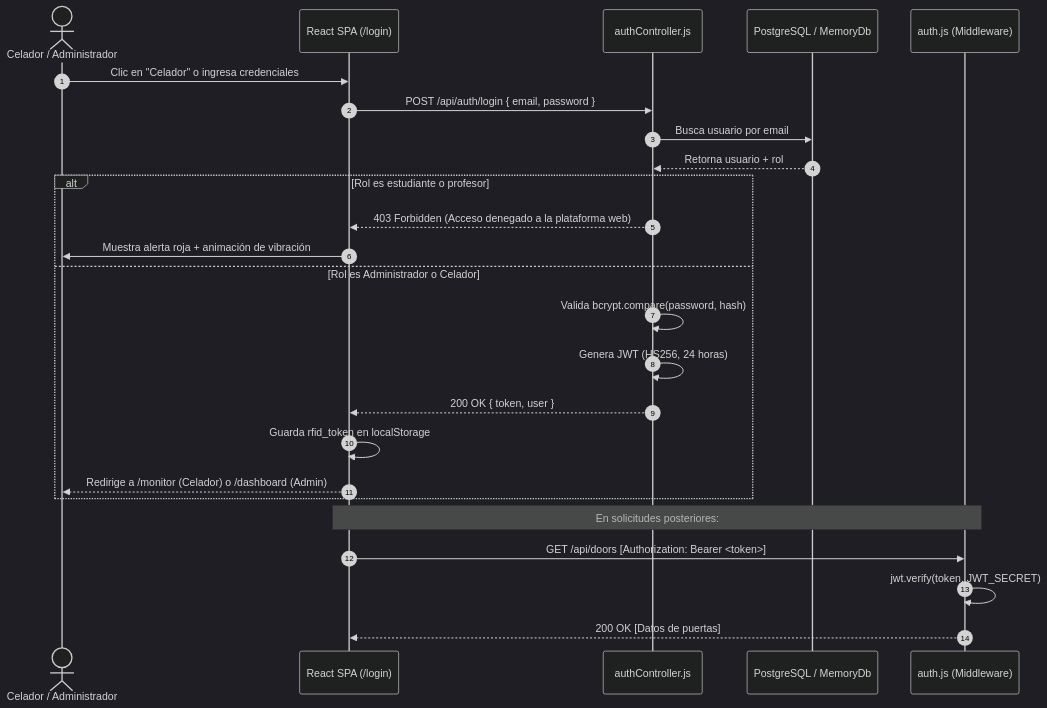
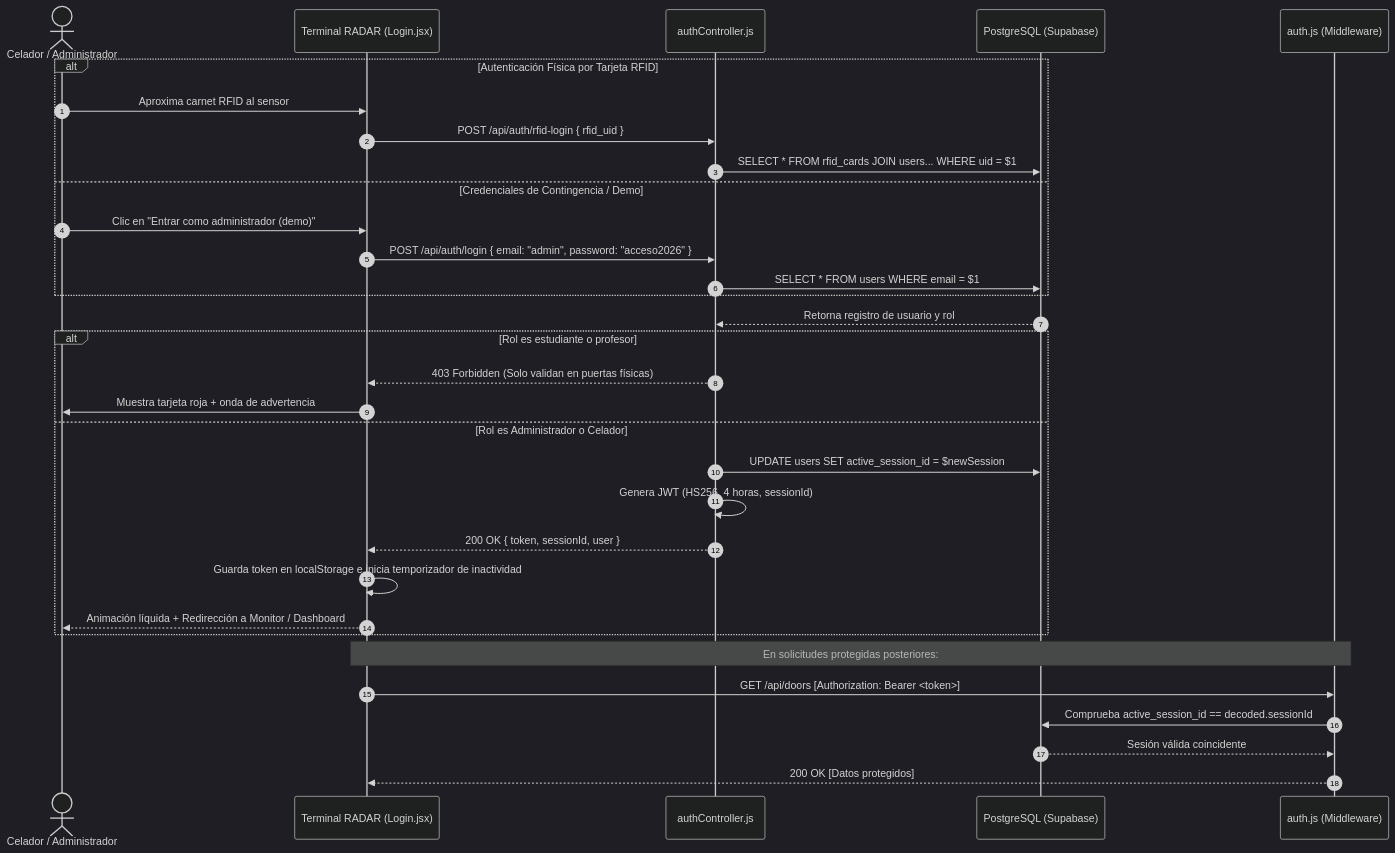
One commit to VoctorMCL/RFID changed the diagram in docs/AUTH.md. Above: the diagram before and after it, drawn with Mermaid (dark theme). The commit also changed other lines of this file and 27 other files, not shown here.

````diff
--- a/docs/AUTH.md
+++ b/docs/AUTH.md
@@ -69,30 +97,38 @@
 ```mermaid
 sequenceDiagram
     autonumber
     actor User as Celador / Administrador
-    participant Web as React SPA (/login)
+    participant Web as Terminal RADAR (Login.jsx)
     participant AuthCtrl as authController.js
-    participant DB as PostgreSQL / MemoryDb
+    participant DB as PostgreSQL (Supabase)
     participant Middleware as auth.js (Middleware)
 
-    User->>Web: Clic en "Celador" o ingresa credenciales
-    Web->>AuthCtrl: POST /api/auth/login { email, password }
-    AuthCtrl->>DB: Busca usuario por email
-    DB-->>AuthCtrl: Retorna usuario + rol
-    
-    alt Rol es estudiante o profesor
-        AuthCtrl-->>Web: 403 Forbidden (Acceso denegado a la plataforma web)
-        Web->>User: Muestra alerta roja + animación de vibración
-    else Rol es Administrador o Celador
-        AuthCtrl->>AuthCtrl: Valida bcrypt.compare(password, hash)
-        AuthCtrl->>AuthCtrl: Genera JWT (HS256, 24 horas)
-        AuthCtrl-->>Web: 200 OK { token, user }
-        Web->>Web: Guarda rfid_token en localStorage
-        Web-->>User: Redirige a /monitor (Celador) o /dashboard (Admin)
+    alt Autenticación Física por Tarjeta RFID
+        User->>Web: Aproxima carnet RFID al sensor
+        Web->>AuthCtrl: POST /api/auth/rfid-login { rfid_uid }
+        AuthCtrl->>DB: SELECT * FROM rfid_cards JOIN users... WHERE uid = $1
+    else Credenciales de Contingencia / Demo
+        User->>Web: Clic en "Entrar como administrador (demo)"
+        Web->>AuthCtrl: POST /api/auth/login { email: "admin", password: "acceso2026" }
+        AuthCtrl->>DB: SELECT * FROM users WHERE email = $1
     end
 
-    Note over Web,Middleware: En solicitudes posteriores:
+    DB-->>AuthCtrl: Retorna registro de usuario y rol
+
+    alt Rol es estudiante o profesor
+        AuthCtrl-->>Web: 403 Forbidden (Solo validan en puertas físicas)
+        Web->>User: Muestra tarjeta roja + onda de advertencia
+    else Rol es Administrador o Celador
+        AuthCtrl->>DB: UPDATE users SET active_session_id = $newSession
+        AuthCtrl->>AuthCtrl: Genera JWT (HS256, 4 horas, sessionId)
+        AuthCtrl-->>Web: 200 OK { token, sessionId, user }
+        Web->>Web: Guarda token en localStorage e inicia temporizador de inactividad
+        Web-->>User: Animación líquida + Redirección a Monitor / Dashboard
+    end
+
+    Note over Web,Middleware: En solicitudes protegidas posteriores:
     Web->>Middleware: GET /api/doors [Authorization: Bearer <token>]
-    Middleware->>Middleware: jwt.verify(token, JWT_SECRET)
-    Middleware-->>Web: 200 OK [Datos de puertas]
+    Middleware->>DB: Comprueba active_session_id == decoded.sessionId
+    DB-->>Middleware: Sesión válida coincidente
+    Middleware-->>Web: 200 OK [Datos protegidos]
 ```
````
